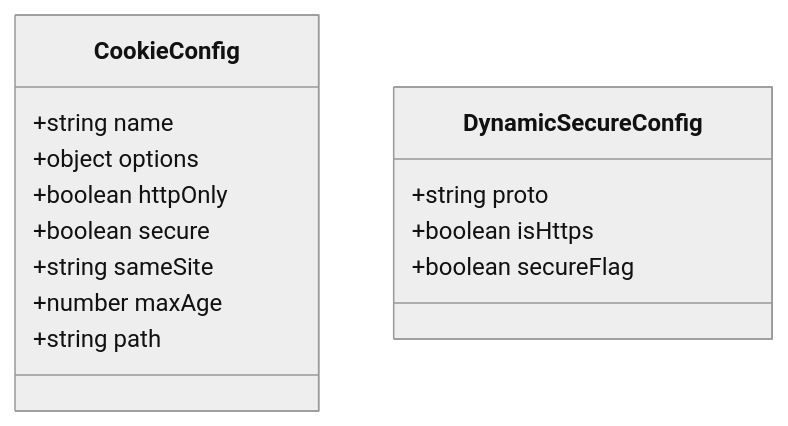
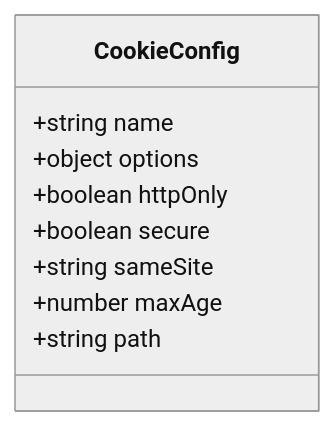
Before and after one commit to kangkang919/xinya: the fourth of 6 diagrams in .qoder/repowiki/zh/content/用户认证系统/JWT令牌管理.md, drawn with Mermaid (neutral theme). The commit also changed other lines of this file and 35 other files, not shown here.

````diff
--- a/.qoder/repowiki/zh/content/用户认证系统/JWT令牌管理.md
+++ b/.qoder/repowiki/zh/content/用户认证系统/JWT令牌管理.md
@@ -167,17 +167,12 @@
 ```mermaid
 classDiagram
 class CookieConfig {
 +string name
 +object options
 +boolean httpOnly
 +boolean secure
 +string sameSite
 +number maxAge
 +string path
 }
-class DynamicSecureConfig {
-+string proto
-+boolean isHttps
-+boolean secureFlag
-}
 ```
````
